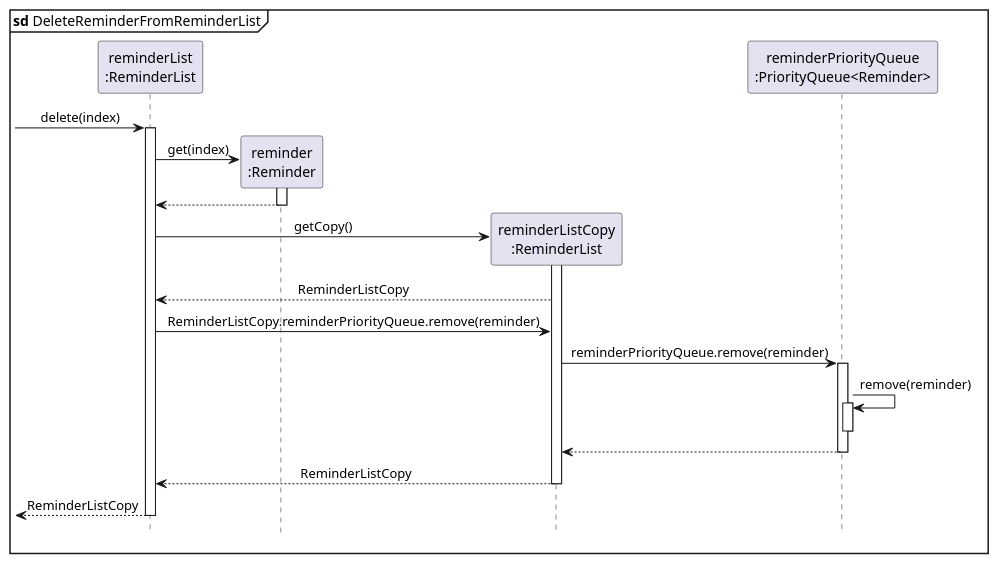
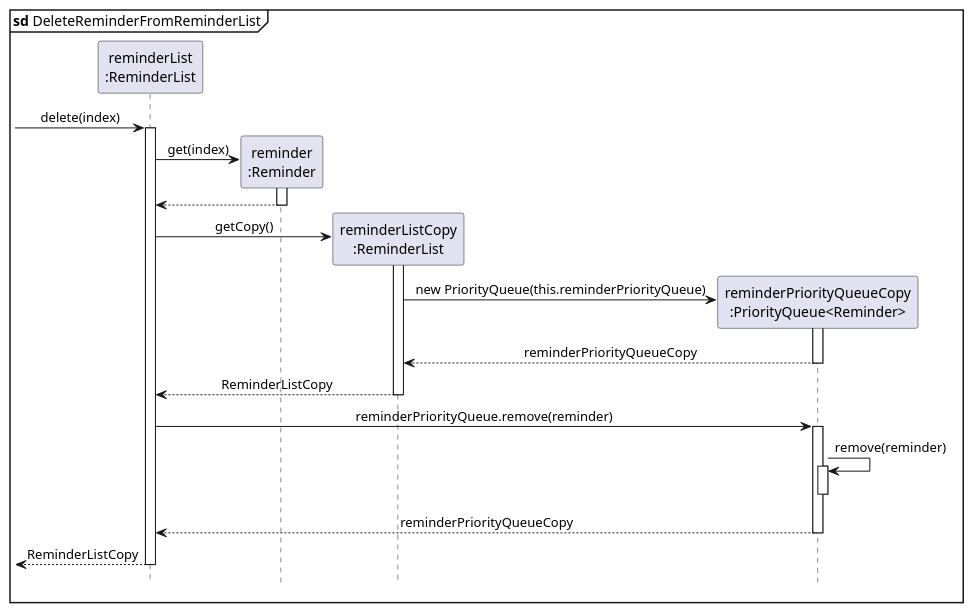
One commit to pyk595/tp changed the diagram in docs/diagrams/DeleteReminderFromReminderListSeqDiagram.puml. Above: the diagram before and after it, drawn with PlantUML. The commit also changed 3 other files, not shown here.

Commit message:
Fix UML diagrams in DG based on comments

```diff
--- a/docs/diagrams/DeleteReminderFromReminderListSeqDiagram.puml
+++ b/docs/diagrams/DeleteReminderFromReminderListSeqDiagram.puml
@@ -1,55 +1,59 @@
 @startuml
 'https://plantuml.com/sequence-diagram
 
 mainframe **sd** DeleteReminderFromReminderList
 hide footbox
 
 skinparam Sequence {
     MessageAlign center
     BoxFontSize 15
     BoxPadding 0
     BoxFontColor #FFFFFF
     FontName Arial
 }
 
 participant "reminderList\n:ReminderList" as ReminderList
 participant "reminder\n:Reminder" as Reminder
 participant "reminderListCopy\n:ReminderList" as ReminderListCopy
-participant "reminderPriorityQueue\n:PriorityQueue<Reminder>" as PriorityQueue
+participant "reminderPriorityQueueCopy\n:PriorityQueue<Reminder>" as PriorityQueueCopy
 
 -> ReminderList : delete(index)
 
 activate ReminderList
 
 create Reminder
 ReminderList -> Reminder : get(index)
 activate Reminder
 
 Reminder --> ReminderList
 deactivate Reminder
 
 create ReminderListCopy
 ReminderList -> ReminderListCopy : getCopy()
+activate ReminderListCopy
 
-activate ReminderListCopy
-ReminderListCopy --> ReminderList : ReminderListCopy
+create PriorityQueueCopy
+ReminderListCopy -> PriorityQueueCopy : new PriorityQueue(this.reminderPriorityQueue)
+activate PriorityQueueCopy
 
-ReminderList -> ReminderListCopy : ReminderListCopy.reminderPriorityQueue.remove(reminder)
-
-ReminderListCopy -> PriorityQueue : reminderPriorityQueue.remove(reminder)
-
-activate PriorityQueue
-
-PriorityQueue -> PriorityQueue : remove(reminder)
-activate PriorityQueue
-deactivate PriorityQueue
-
-PriorityQueue --> ReminderListCopy
-deactivate PriorityQueue
+PriorityQueueCopy --> ReminderListCopy : reminderPriorityQueueCopy
+deactivate PriorityQueueCopy
 
 ReminderListCopy --> ReminderList : ReminderListCopy
+deactivate ReminderListCopy
+
+ReminderList -> PriorityQueueCopy : reminderPriorityQueue.remove(reminder)
+activate PriorityQueueCopy
+
+PriorityQueueCopy -> PriorityQueueCopy : remove(reminder)
+activate PriorityQueueCopy
+deactivate PriorityQueueCopy
+
+PriorityQueueCopy --> ReminderList : reminderPriorityQueueCopy
+deactivate PriorityQueueCopy
+
 deactivate ReminderListCopy
 
 <-- ReminderList : ReminderListCopy
 deactivate ReminderList
 @enduml
```
